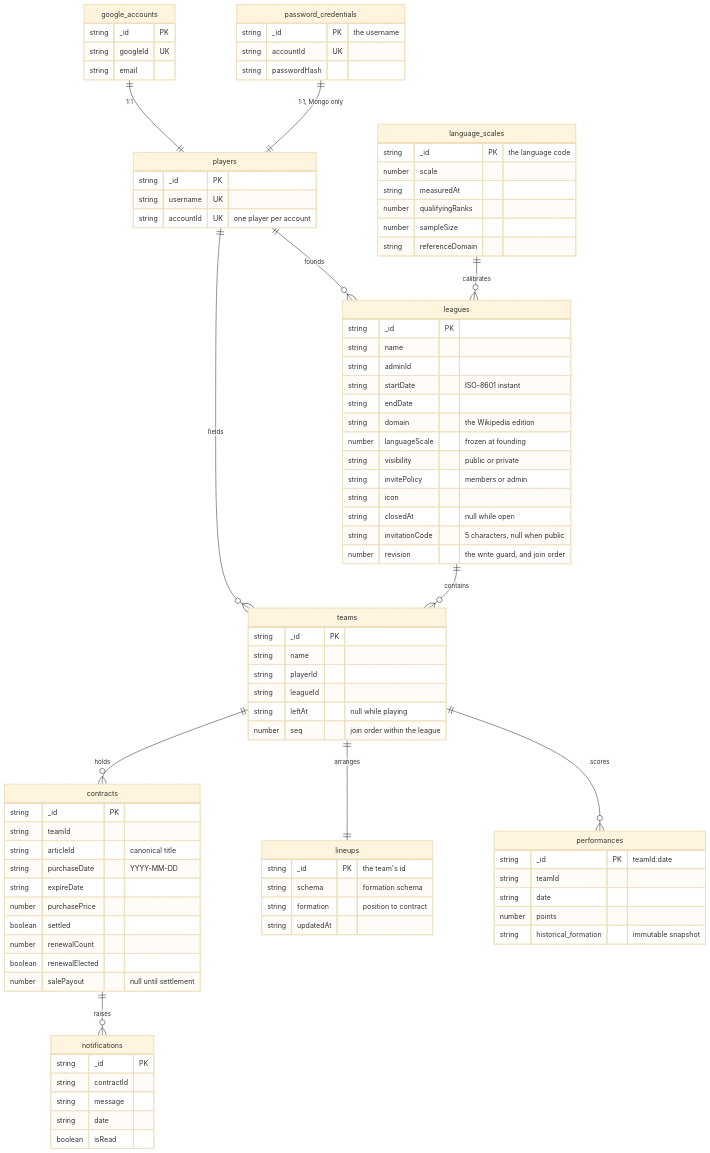
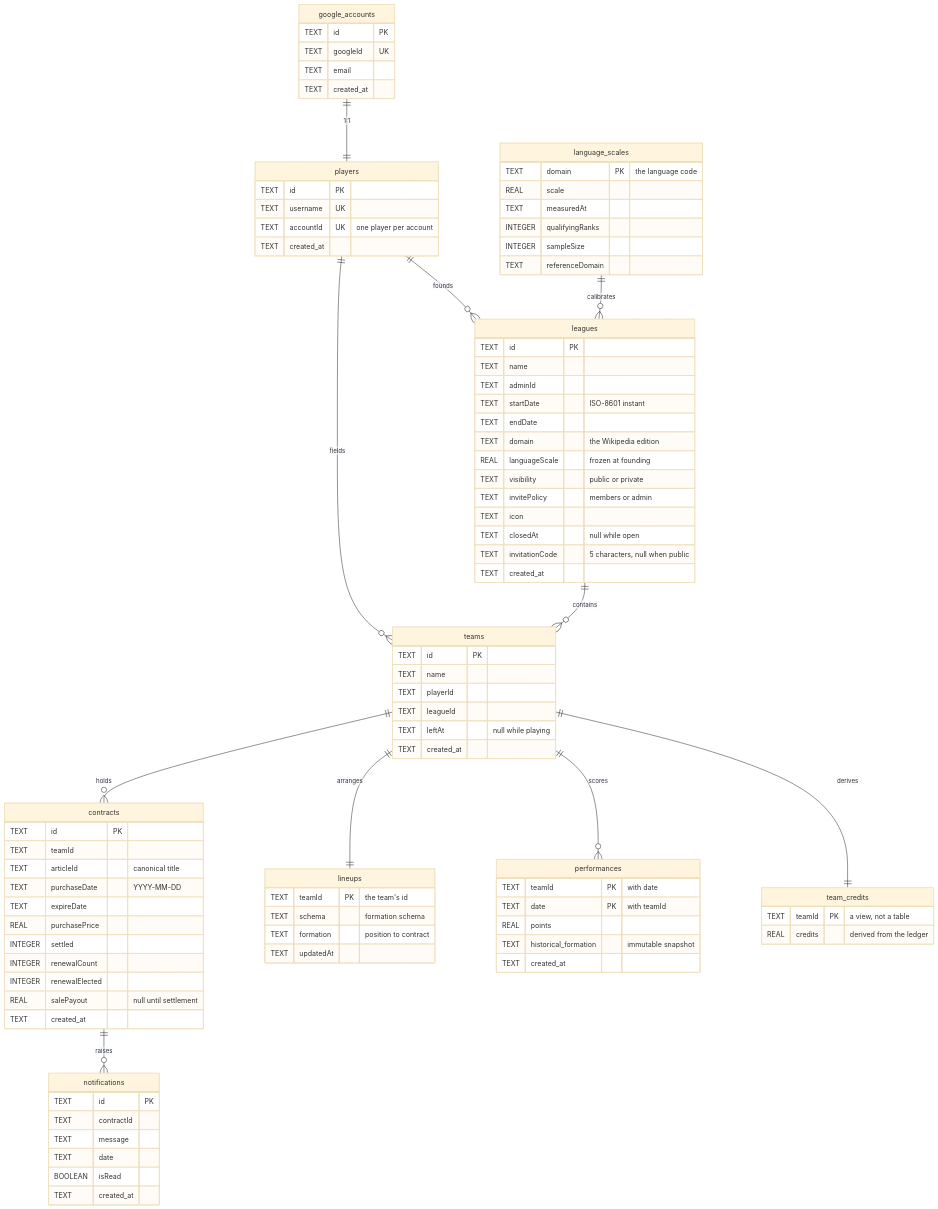
The first of 2 diagrams in docs/site/pages/architecture/data-model.md (FantasyWiki/FantasyWiki), drawn with Mermaid (base theme) before and after one commit. The commit also changed other lines of this file and 30 other files, not shown here.

````diff
--- a/docs/site/pages/architecture/data-model.md
+++ b/docs/site/pages/architecture/data-model.md
@@ -29,101 +28,104 @@
 ```mermaid
 erDiagram
   google_accounts ||--|| players : "1:1"
-  password_credentials ||--|| players : "1:1, Mongo only"
   players ||--o{ leagues : "founds"
   players ||--o{ teams : "fields"
   leagues ||--o{ teams : "contains"
   teams ||--o{ contracts : "holds"
   teams ||--|| lineups : "arranges"
   teams ||--o{ performances : "scores"
+  teams ||--|| team_credits : "derives"
   contracts ||--o{ notifications : "raises"
   language_scales ||--o{ leagues : "calibrates"
 
   google_accounts {
-    string _id PK
-    string googleId UK
-    string email
-  }
-
-  password_credentials {
-    string _id PK "the username"
-    string accountId UK
-    string passwordHash
+    TEXT id PK
+    TEXT googleId UK
+    TEXT email
+    TEXT created_at
   }
 
   players {
-    string _id PK
-    string username UK
-    string accountId UK "one player per account"
+    TEXT id PK
+    TEXT username UK
+    TEXT accountId UK "one player per account"
+    TEXT created_at
   }
 
   leagues {
-    string _id PK
-    string name
-    string adminId
-    string startDate "ISO-8601 instant"
-    string endDate
-    string domain "the Wikipedia edition"
-    number languageScale "frozen at founding"
-    string visibility "public or private"
-    string invitePolicy "members or admin"
-    string icon
-    string closedAt "null while open"
-    string invitationCode "5 characters, null when public"
-    number revision "the write guard, and join order"
+    TEXT id PK
+    TEXT name
+    TEXT adminId
+    TEXT startDate "ISO-8601 instant"
+    TEXT endDate
+    TEXT domain "the Wikipedia edition"
+    REAL languageScale "frozen at founding"
+    TEXT visibility "public or private"
+    TEXT invitePolicy "members or admin"
+    TEXT icon
+    TEXT closedAt "null while open"
+    TEXT invitationCode "5 characters, null when public"
+    TEXT created_at
   }
 
   teams {
-    string _id PK
-    string name
-    string playerId
-    string leagueId
-    string leftAt "null while playing"
-    number seq "join order within the league"
+    TEXT id PK
+    TEXT name
+    TEXT playerId
+    TEXT leagueId
+    TEXT leftAt "null while playing"
+    TEXT created_at
   }
 
   contracts {
-    string _id PK
-    string teamId
-    string articleId "canonical title"
-    string purchaseDate "YYYY-MM-DD"
-    string expireDate
-    number purchasePrice
-    boolean settled
-    number renewalCount
-    boolean renewalElected
-    number salePayout "null until settlement"
+    TEXT id PK
+    TEXT teamId
+    TEXT articleId "canonical title"
+    TEXT purchaseDate "YYYY-MM-DD"
+    TEXT expireDate
+    REAL purchasePrice
+    INTEGER settled
+    INTEGER renewalCount
+    INTEGER renewalElected
+    REAL salePayout "null until settlement"
+    TEXT created_at
   }
 
   lineups {
-    string _id PK "the team's id"
-    string schema "formation schema"
-    string formation "position to contract"
-    string updatedAt
+    TEXT teamId PK "the team's id"
+    TEXT schema "formation schema"
+    TEXT formation "position to contract"
+    TEXT updatedAt
   }
 
   performances {
-    string _id PK "teamId:date"
-    string teamId
-    string date
-    number points
-    string historical_formation "immutable snapshot"
+    TEXT teamId PK "with date"
+    TEXT date PK "with teamId"
+    REAL points
+    TEXT historical_formation "immutable snapshot"
+    TEXT created_at
   }
 
   notifications {
-    string _id PK
-    string contractId
-    string message
-    string date
-    boolean isRead
+    TEXT id PK
+    TEXT contractId
+    TEXT message
+    TEXT date
+    BOOLEAN isRead
+    TEXT created_at
   }
 
   language_scales {
-    string _id PK "the language code"
-    number scale
-    string measuredAt
-    number qualifyingRanks
-    number sampleSize
-    string referenceDomain
+    TEXT domain PK "the language code"
+    REAL scale
+    TEXT measuredAt
+    INTEGER qualifyingRanks
+    INTEGER sampleSize
+    TEXT referenceDomain
+  }
+
+  team_credits {
+    TEXT teamId PK "a view, not a table"
+    REAL credits "derived from the ledger"
   }
 ```
````
